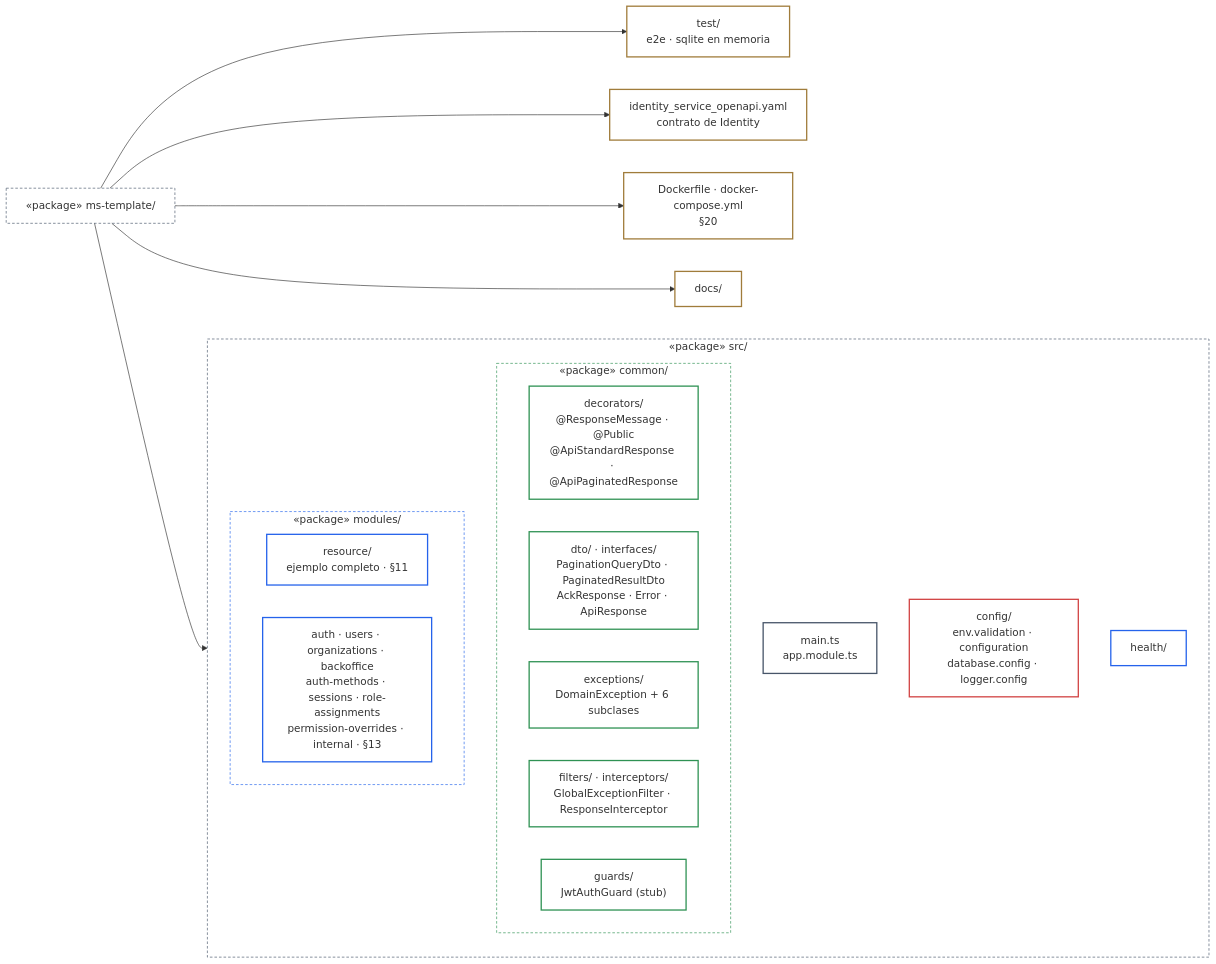
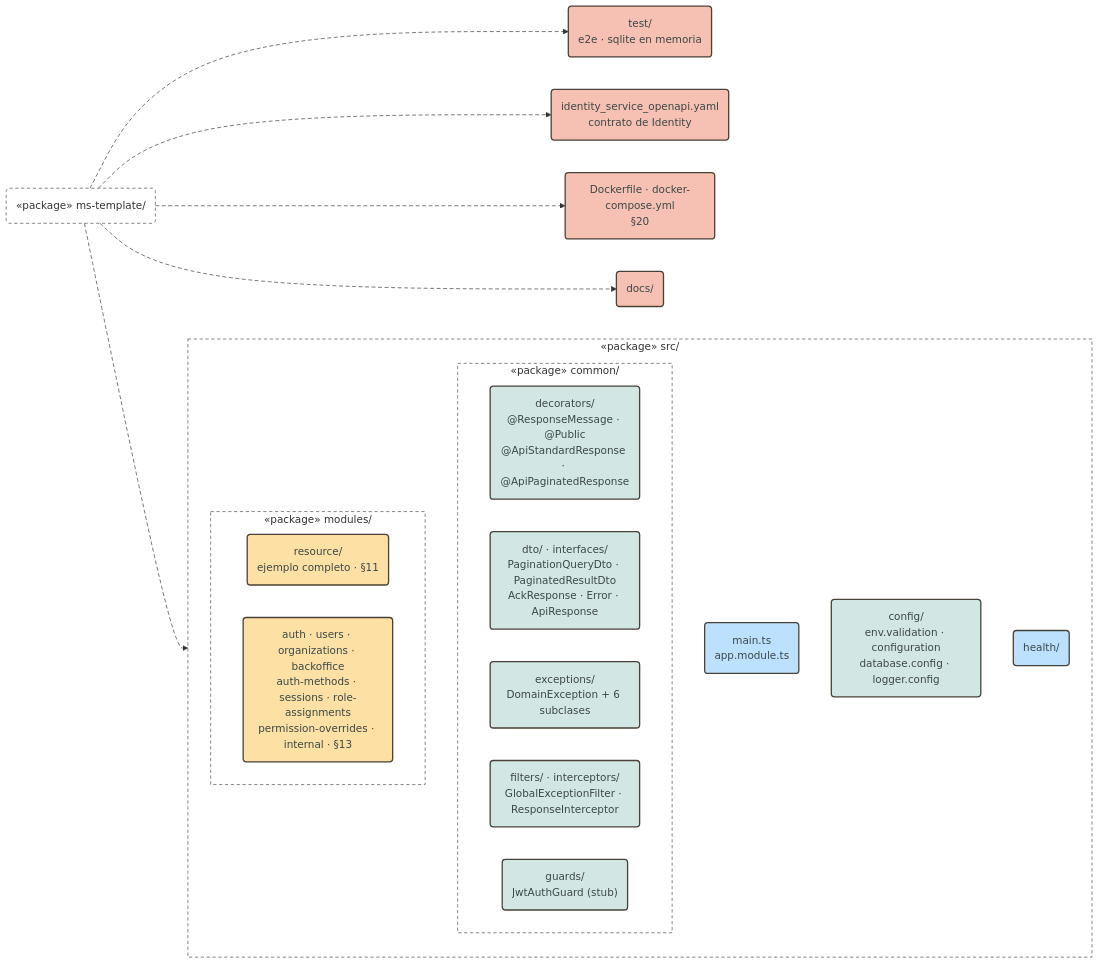
The second of 19 diagrams in docs/architecture.md (pcarroza91/nest-template), drawn with Mermaid before and after one commit. The commit also changed other lines of this file and 2 other files, not shown here.

First line of the commit message:
docs(architecture): aplica el estilo pastel por rol a los diagramas Mermaid

````diff
--- a/docs/architecture.md
+++ b/docs/architecture.md
@@ -71,43 +64,38 @@
 ```mermaid
 flowchart LR
-    ROOT["«package» ms-template/"]
+    ROOT("«package» ms-template/")
     subgraph SRC["«package» src/"]
-        MAINF["main.ts<br/>app.module.ts"]
-        CFG["config/<br/>env.validation · configuration<br/>database.config · logger.config"]
+        MAINF("main.ts<br/>app.module.ts")
+        CFG("config/<br/>env.validation · configuration<br/>database.config · logger.config")
         subgraph COM["«package» common/"]
-            CDEC["decorators/<br/>@ResponseMessage · @Public<br/>@ApiStandardResponse · @ApiPaginatedResponse"]
-            CDTO["dto/ · interfaces/<br/>PaginationQueryDto · PaginatedResultDto<br/>AckResponse · Error · ApiResponse"]
-            CEXC["exceptions/<br/>DomainException + 6 subclases"]
-            CFIL["filters/ · interceptors/<br/>GlobalExceptionFilter · ResponseInterceptor"]
-            CGRD["guards/<br/>JwtAuthGuard (stub)"]
+            CDEC("decorators/<br/>@ResponseMessage · @Public<br/>@ApiStandardResponse · @ApiPaginatedResponse")
+            CDTO("dto/ · interfaces/<br/>PaginationQueryDto · PaginatedResultDto<br/>AckResponse · Error · ApiResponse")
+            CEXC("exceptions/<br/>DomainException + 6 subclases")
+            CFIL("filters/ · interceptors/<br/>GlobalExceptionFilter · ResponseInterceptor")
+            CGRD("guards/<br/>JwtAuthGuard (stub)")
         end
-        HLT["health/"]
+        HLT("health/")
         subgraph MODS["«package» modules/"]
-            MRES["resource/<br/>ejemplo completo · §11"]
-            MIDN["auth · users · organizations · backoffice<br/>auth-methods · sessions · role-assignments<br/>permission-overrides · internal · §13"]
+            MRES("resource/<br/>ejemplo completo · §11")
+            MIDN("auth · users · organizations · backoffice<br/>auth-methods · sessions · role-assignments<br/>permission-overrides · internal · §13")
         end
     end
-    TST["test/<br/>e2e · sqlite en memoria"]
-    OAS["identity_service_openapi.yaml<br/>contrato de Identity"]
-    DCK["Dockerfile · docker-compose.yml<br/>§20"]
-    DOCS["docs/"]
+    TST("test/<br/>e2e · sqlite en memoria")
+    OAS("identity_service_openapi.yaml<br/>contrato de Identity")
+    DCK("Dockerfile · docker-compose.yml<br/>§20")
+    DOCS("docs/")
 
     ROOT --> SRC & TST & OAS & DCK & DOCS
 
-    classDef pkgApp fill:transparent,stroke:#475569,stroke-dasharray:4 3
-    classDef app fill:transparent,stroke:#475569,stroke-width:2px
-    classDef pkgFeature fill:transparent,stroke:#2563eb,stroke-dasharray:4 3
-    classDef feature fill:transparent,stroke:#2563eb,stroke-width:2px
-    classDef core fill:transparent,stroke:#d14343,stroke-width:2px
-    classDef pkgShared fill:transparent,stroke:#2f9254,stroke-dasharray:4 3
-    classDef shared fill:transparent,stroke:#2f9254,stroke-width:2px
-    classDef ext fill:transparent,stroke:#a07c3b,stroke-width:2px
-    class ROOT,SRC pkgApp
-    class MAINF app
-    class CFG core
-    class COM pkgShared
-    class CDEC,CDTO,CEXC,CFIL,CGRD shared
-    class MODS pkgFeature
-    class MRES,MIDN,HLT feature
+    classDef entry fill:#bce1ff,stroke:#494238,stroke-width:2px,color:#3c4747
+    classDef domain fill:#fde0a3,stroke:#494238,stroke-width:2px,color:#3c4747
+    classDef shared fill:#d2e7e4,stroke:#494238,stroke-width:2px,color:#3c4747
+    classDef ext fill:#f6c1b2,stroke:#494238,stroke-width:2px,color:#3c4747
+    classDef pkg fill:transparent,stroke:#8a857d,stroke-width:1.5px,stroke-dasharray:5 4
+    class MAINF,HLT entry
+    class MRES,MIDN domain
+    class CFG,CDEC,CDTO,CEXC,CFIL,CGRD shared
     class TST,OAS,DCK,DOCS ext
+    class ROOT,SRC,COM,MODS pkg
+    linkStyle default stroke-dasharray:6 4
 ```
````
